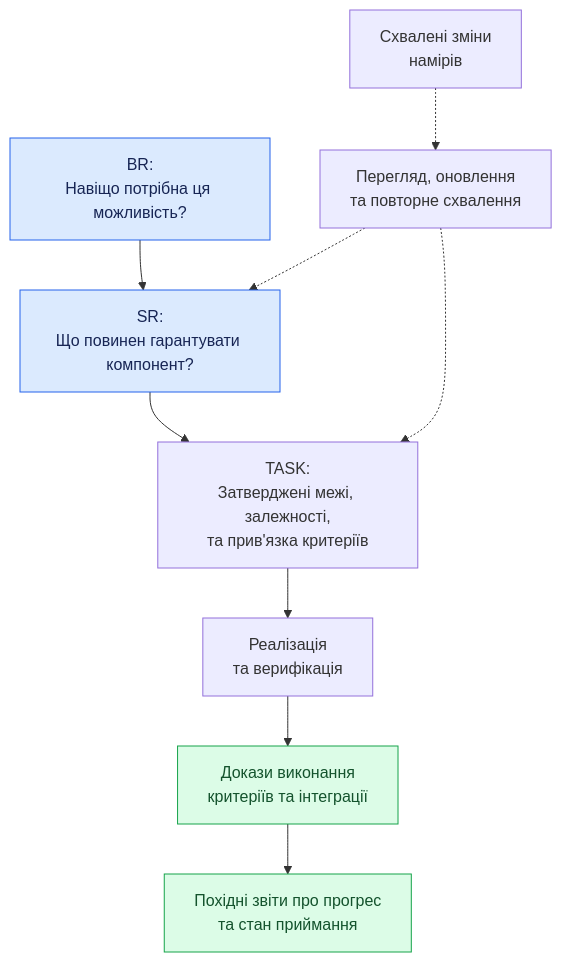
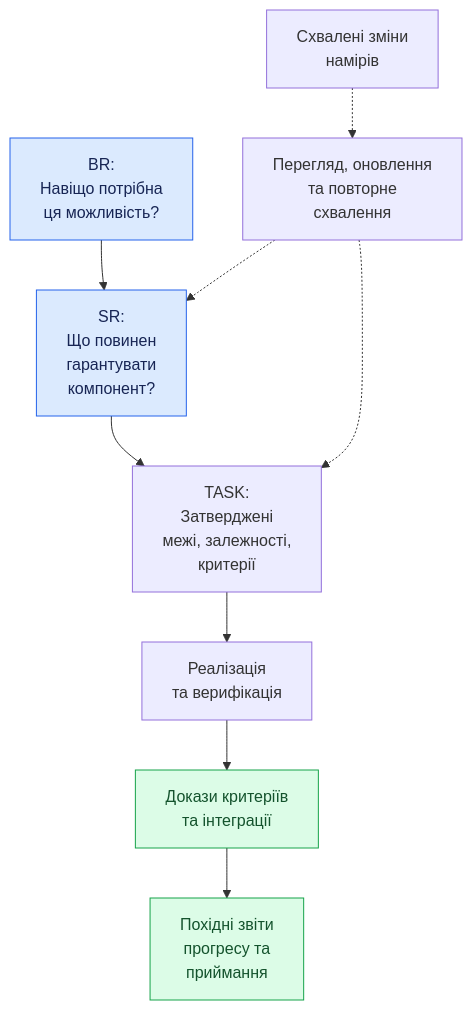
The second of 4 diagrams in README.uk.md (AlexDubel/AIMemBankAndCDIP-tmpl), drawn with Mermaid before and after one commit. The commit also changed other lines of this file and 1 other file, not shown here.

Commit message:
Format Mermaid diagram node labels to prevent horizontal text clipping on GitHub

````diff
--- a/README.uk.md
+++ b/README.uk.md
@@ -173,15 +173,15 @@
 ```mermaid
 flowchart TD
-    BR["BR:<br/>Навіщо потрібна ця можливість?"] --> SR["SR:<br/>Що повинен гарантувати компонент?"]
-    SR --> Task["TASK:<br/>Затверджені межі, залежності,<br/>та прив'язка критеріїв"]
+    BR["BR:<br/>Навіщо потрібна<br/>ця можливість?"] --> SR["SR:<br/>Що повинен<br/>гарантувати<br/>компонент?"]
+    SR --> Task["TASK:<br/>Затверджені<br/>межі, залежності,<br/>критерії"]
     Task --> Implementation["Реалізація<br/>та верифікація"]
-    Implementation --> Evidence["Докази виконання<br/>критеріїв та інтеграції"]
-    Evidence --> Summary["Похідні звіти про прогрес<br/>та стан приймання"]
-    Change["Схвалені зміни<br/>намірів"] -.-> Invalidate["Перегляд, оновлення<br/>та повторне схвалення"]
+    Implementation --> Evidence["Докази критеріїв<br/>та інтеграції"]
+    Evidence --> Summary["Похідні звіти<br/>прогресу та<br/>приймання"]
+    Change["Схвалені зміни<br/>намірів"] -.-> Invalidate["Перегляд, оновлення<br/>та повторне<br/>схвалення"]
     Invalidate -.-> SR
     Invalidate -.-> Task
     classDef requirement fill:#dbeafe,stroke:#2563eb,color:#172554
     classDef evidence fill:#dcfce7,stroke:#16a34a,color:#14532d
     class BR,SR requirement
     class Evidence,Summary evidence
 ```
````
